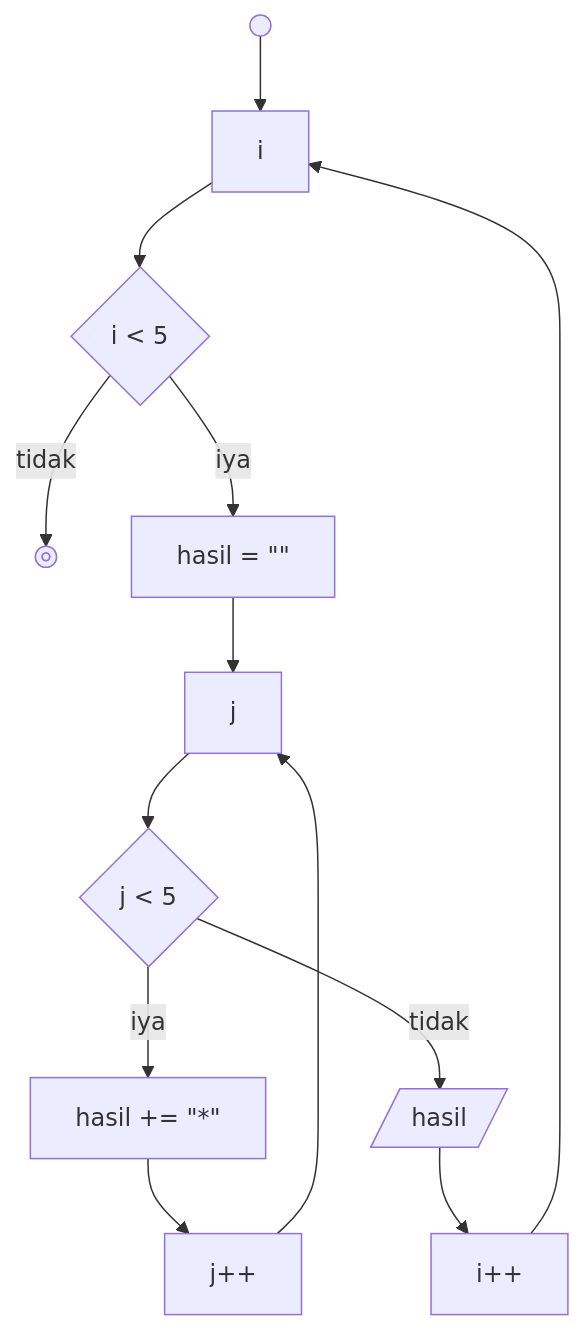
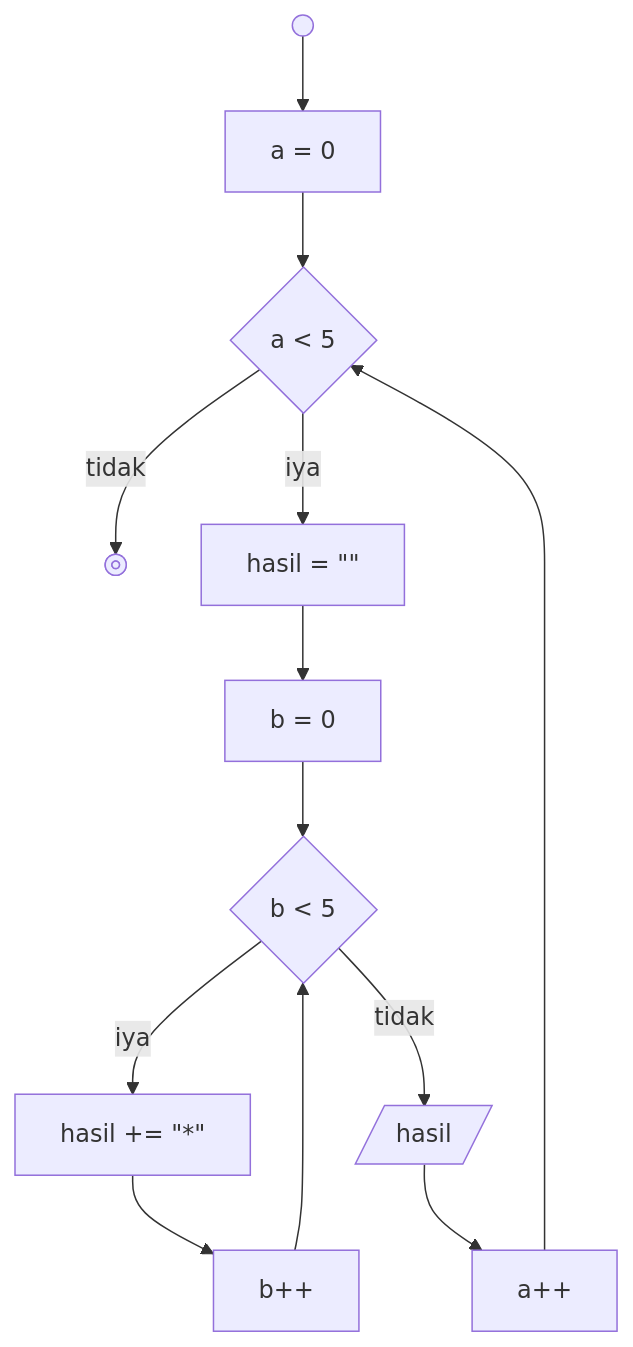
Before and after one commit to rizqyazhar/koda-b10-javascript3: the diagram in README.md, drawn with Mermaid.

````diff
--- a/README.md
+++ b/README.md
@@ -5,24 +5,24 @@
 ```mermaid
 
 flowchart TD
 
 A@{shape: sm-circ, label: "start"}
 B@{shape: fr-circ, label: "end"}
-C@{shape: rect, label: "i"}
-D@{shape: rect, label: "j"}
+C@{shape: rect, label: "a = 0"}
+D@{shape: rect, label: "b = 0"}
 E@{shape: rect, label: "hasil = #quot;#quot;"}
-F@{shape: diam, label: "i < 5"}
-G@{shape: diam, label: "j < 5"}
-H@{shape: rect, label: "i++"}
-I@{shape: rect, label: "j++"}
+F@{shape: diam, label: "a < 5"}
+G@{shape: diam, label: "b < 5"}
+H@{shape: rect, label: "a++"}
+I@{shape: rect, label: "b++"}
 J@{shape: rect, label: "hasil += #quot;*#quot;"}
 K@{shape: lean-r, label: "hasil"}
 
-A --> C --> F --iya--> E --> D --> G --iya--> J --> I --> D
-G --tidak--> K --> H --> C
+A --> C --> F --iya--> E --> D --> G --iya--> J --> I --> G
+G --tidak--> K --> H --> F
 
 F --tidak--> B
 
 
 
 ```
````
